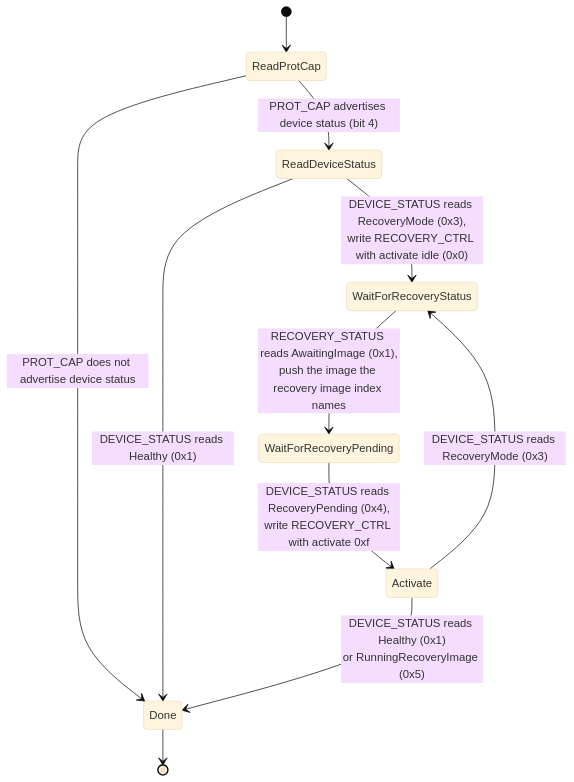
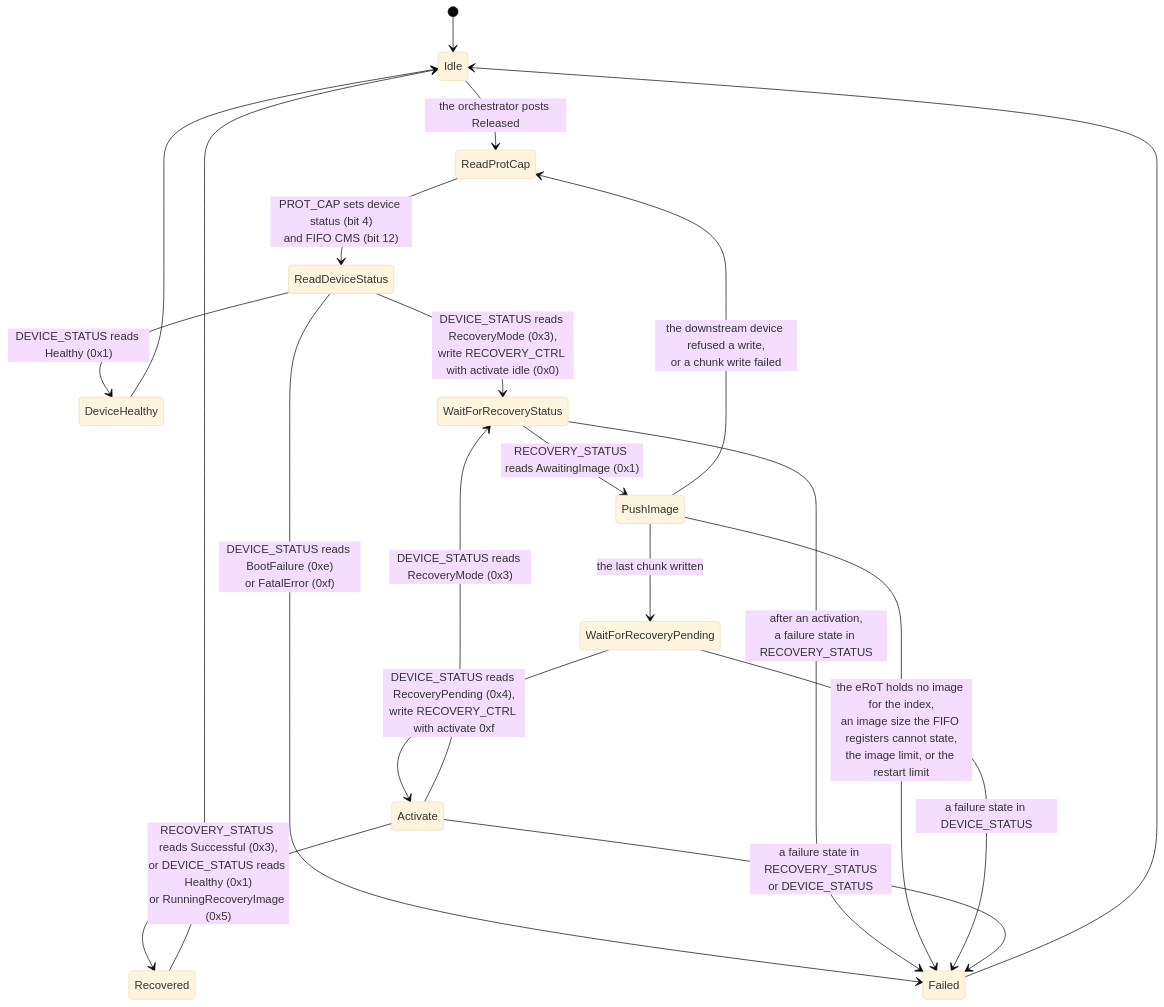
Before and after one commit to OpenPRoT/openprot: the diagram in docs/src/design/ocp-recovery-agent.md, drawn with Mermaid (base theme). The commit also changed other lines of this file and 3 other files, not shown here.

````diff
--- a/docs/src/design/ocp-recovery-agent.md
+++ b/docs/src/design/ocp-recovery-agent.md
@@ -41,13 +88,22 @@
 ```mermaid
 stateDiagram-v2
-    [*] --> ReadProtCap
-    ReadProtCap --> ReadDeviceStatus: PROT_CAP advertises device status (bit 4)
-    ReadProtCap --> Done: PROT_CAP does not advertise device status
-    ReadDeviceStatus --> Done: DEVICE_STATUS reads Healthy (0x1)
+    [*] --> Idle
+    Idle --> ReadProtCap: the orchestrator posts Released
+    ReadProtCap --> ReadDeviceStatus: PROT_CAP sets device status (bit 4)<br/>and FIFO CMS (bit 12)
+    ReadDeviceStatus --> DeviceHealthy: DEVICE_STATUS reads Healthy (0x1)
     ReadDeviceStatus --> WaitForRecoveryStatus: DEVICE_STATUS reads RecoveryMode (0x3),<br/>write RECOVERY_CTRL with activate idle (0x0)
-    WaitForRecoveryStatus --> WaitForRecoveryPending: RECOVERY_STATUS reads AwaitingImage (0x1),<br/>push the image the recovery image index names
+    ReadDeviceStatus --> Failed: DEVICE_STATUS reads BootFailure (0xe)<br/>or FatalError (0xf)
+    WaitForRecoveryStatus --> PushImage: RECOVERY_STATUS reads AwaitingImage (0x1)
+    WaitForRecoveryStatus --> Failed: after an activation,<br/>a failure state in RECOVERY_STATUS
+    PushImage --> WaitForRecoveryPending: the last chunk written
+    PushImage --> ReadProtCap: the downstream device refused a write,<br/>or a chunk write failed
+    PushImage --> Failed: the eRoT holds no image for the index,<br/>an image size the FIFO registers cannot state,<br/>the image limit, or the restart limit
     WaitForRecoveryPending --> Activate: DEVICE_STATUS reads RecoveryPending (0x4),<br/>write RECOVERY_CTRL with activate 0xf
+    WaitForRecoveryPending --> Failed: a failure state in DEVICE_STATUS
     Activate --> WaitForRecoveryStatus: DEVICE_STATUS reads RecoveryMode (0x3)
-    Activate --> Done: DEVICE_STATUS reads Healthy (0x1)<br/>or RunningRecoveryImage (0x5)
-    Done --> [*]
+    Activate --> Recovered: RECOVERY_STATUS reads Successful (0x3),<br/>or DEVICE_STATUS reads Healthy (0x1)<br/>or RunningRecoveryImage (0x5)
+    Activate --> Failed: a failure state in RECOVERY_STATUS<br/>or DEVICE_STATUS
+    DeviceHealthy --> Idle
+    Recovered --> Idle
+    Failed --> Idle
 ```
````
